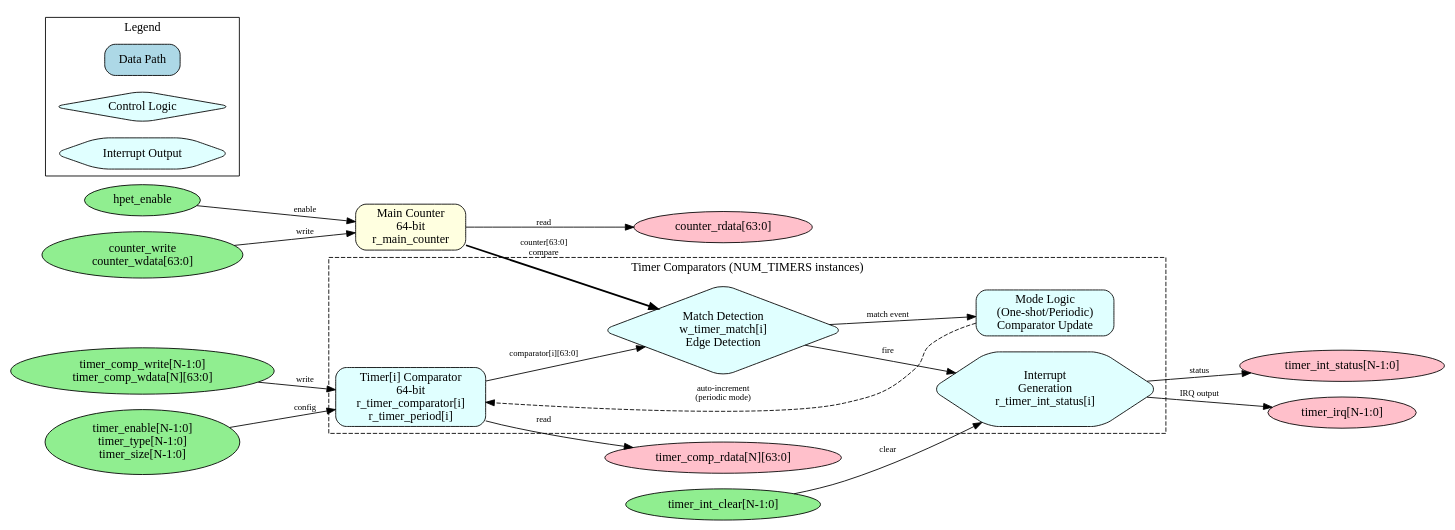
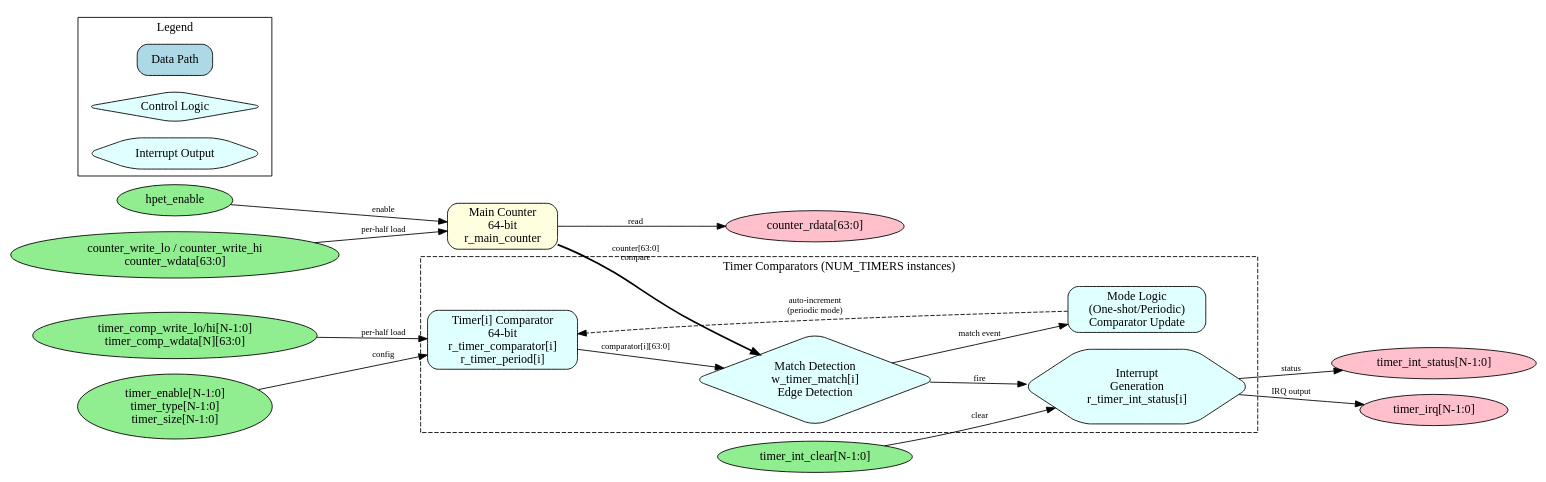
The diagram in projects/components/retro_legacy_blocks/docs/hpet_mas/assets/graphviz/hpet_core.gv (sean-galloway/RTLDesignSherpa), drawn with Graphviz before and after one commit. The commit also changed 44 other files, not shown here.

First line of the commit message:
fix(rlb/hpet): per-bit W1C mirror, independent counter halves, armed latch + epoch hold (#46)

```diff
--- a/projects/components/retro_legacy_blocks/docs/hpet_mas/assets/graphviz/hpet_core.gv
+++ b/projects/components/retro_legacy_blocks/docs/hpet_mas/assets/graphviz/hpet_core.gv
@@ -1,68 +1,66 @@
 // HPET Core Block Diagram
 // Module: hpet_core
 // Purpose: Timer logic with main counter and comparators
 
 digraph hpet_core {
     rankdir=LR;
     node [shape=box, style="rounded,filled", fillcolor=lightblue];
     edge [fontsize=10];
 
     // Input signals
     hpet_enable [label="hpet_enable", shape=ellipse, fillcolor=lightgreen];
-    counter_write [label="counter_write\ncounter_wdata[63:0]", shape=ellipse, fillcolor=lightgreen];
+    counter_write [label="counter_write_lo / counter_write_hi\ncounter_wdata[63:0]", shape=ellipse, fillcolor=lightgreen];
     timer_cfg [label="timer_enable[N-1:0]\ntimer_type[N-1:0]\ntimer_size[N-1:0]", shape=ellipse, fillcolor=lightgreen];
-    timer_comp_write [label="timer_comp_write[N-1:0]\ntimer_comp_wdata[N][63:0]", shape=ellipse, fillcolor=lightgreen];
+    timer_comp_write [label="timer_comp_write_lo/hi[N-1:0]\ntimer_comp_wdata[N][63:0]", shape=ellipse, fillcolor=lightgreen];
     timer_int_clear [label="timer_int_clear[N-1:0]", shape=ellipse, fillcolor=lightgreen];
 
     // Main counter block
     main_counter [label="Main Counter\n64-bit\nr_main_counter", fillcolor=lightyellow];
 
     // Timer comparator blocks (generate loop)
     subgraph cluster_timers {
         label="Timer Comparators (NUM_TIMERS instances)";
         style=dashed;
 
         timer_comp [label="Timer[i] Comparator\n64-bit\nr_timer_comparator[i]\nr_timer_period[i]", fillcolor=lightcyan];
         timer_match [label="Match Detection\nw_timer_match[i]\nEdge Detection", fillcolor=lightcyan, shape=diamond];
         timer_mode [label="Mode Logic\n(One-shot/Periodic)\nComparator Update", fillcolor=lightcyan];
         timer_int [label="Interrupt\nGeneration\nr_timer_int_status[i]", fillcolor=lightcyan, shape=hexagon];
     }
 
     // Output signals
     counter_rdata [label="counter_rdata[63:0]", shape=ellipse, fillcolor=pink];
-    timer_comp_rdata [label="timer_comp_rdata[N][63:0]", shape=ellipse, fillcolor=pink];
     timer_int_status [label="timer_int_status[N-1:0]", shape=ellipse, fillcolor=pink];
     timer_irq [label="timer_irq[N-1:0]", shape=ellipse, fillcolor=pink];
 
     // Main counter dataflow
     hpet_enable -> main_counter [label="enable"];
-    counter_write -> main_counter [label="write"];
+    counter_write -> main_counter [label="per-half load"];
     main_counter -> counter_rdata [label="read"];
     main_counter -> timer_match [label="counter[63:0]\ncompare", style=bold];
 
     // Timer comparator dataflow
     timer_cfg -> timer_comp [label="config"];
-    timer_comp_write -> timer_comp [label="write"];
-    timer_comp -> timer_comp_rdata [label="read"];
+    timer_comp_write -> timer_comp [label="per-half load"];
     timer_comp -> timer_match [label="comparator[i][63:0]"];
 
     // Match and interrupt logic
     timer_match -> timer_mode [label="match event"];
     timer_mode -> timer_comp [label="auto-increment\n(periodic mode)", style=dashed];
     timer_match -> timer_int [label="fire"];
     timer_int_clear -> timer_int [label="clear"];
     timer_int -> timer_int_status [label="status"];
     timer_int -> timer_irq [label="IRQ output"];
 
     // Legend
     subgraph cluster_legend {
         label="Legend";
         style=filled;
         fillcolor=white;
         rankdir=TB;
 
         leg_data [label="Data Path", shape=box, fillcolor=lightblue];
         leg_control [label="Control Logic", shape=diamond, fillcolor=lightcyan];
         leg_output [label="Interrupt Output", shape=hexagon, fillcolor=lightcyan];
     }
 }
```
